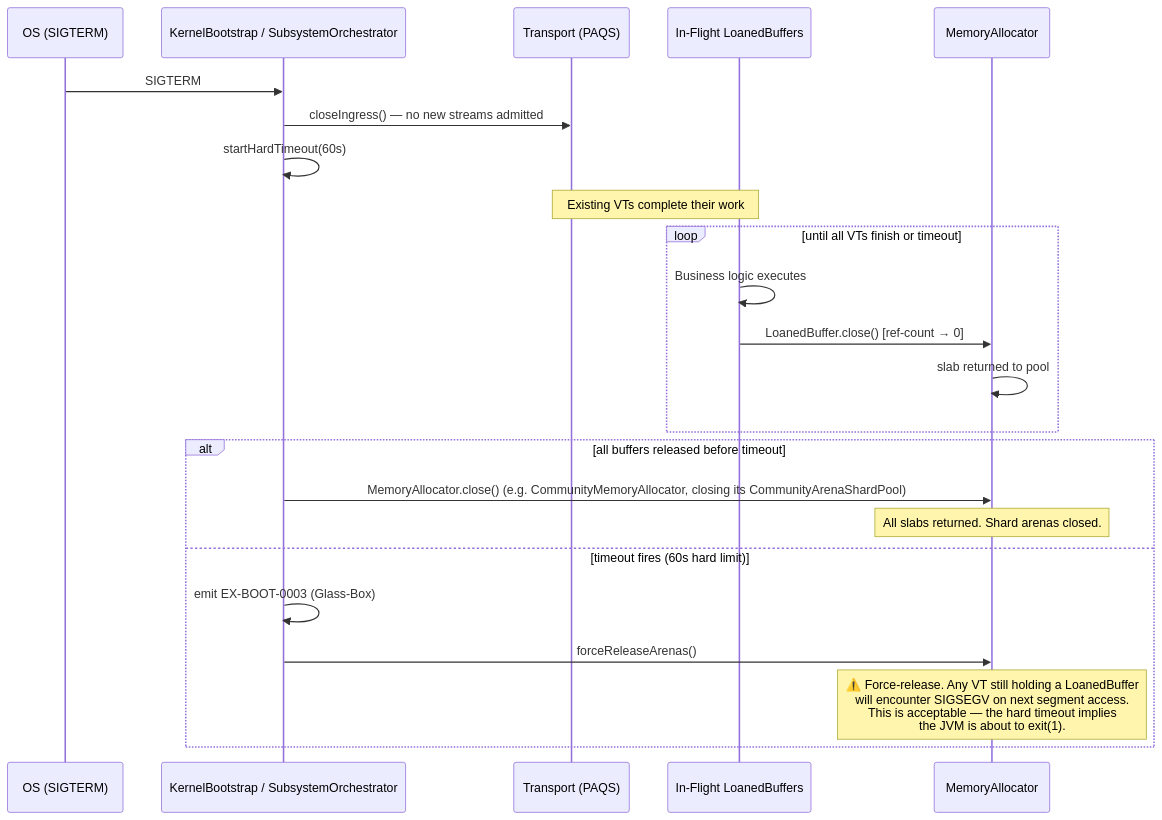
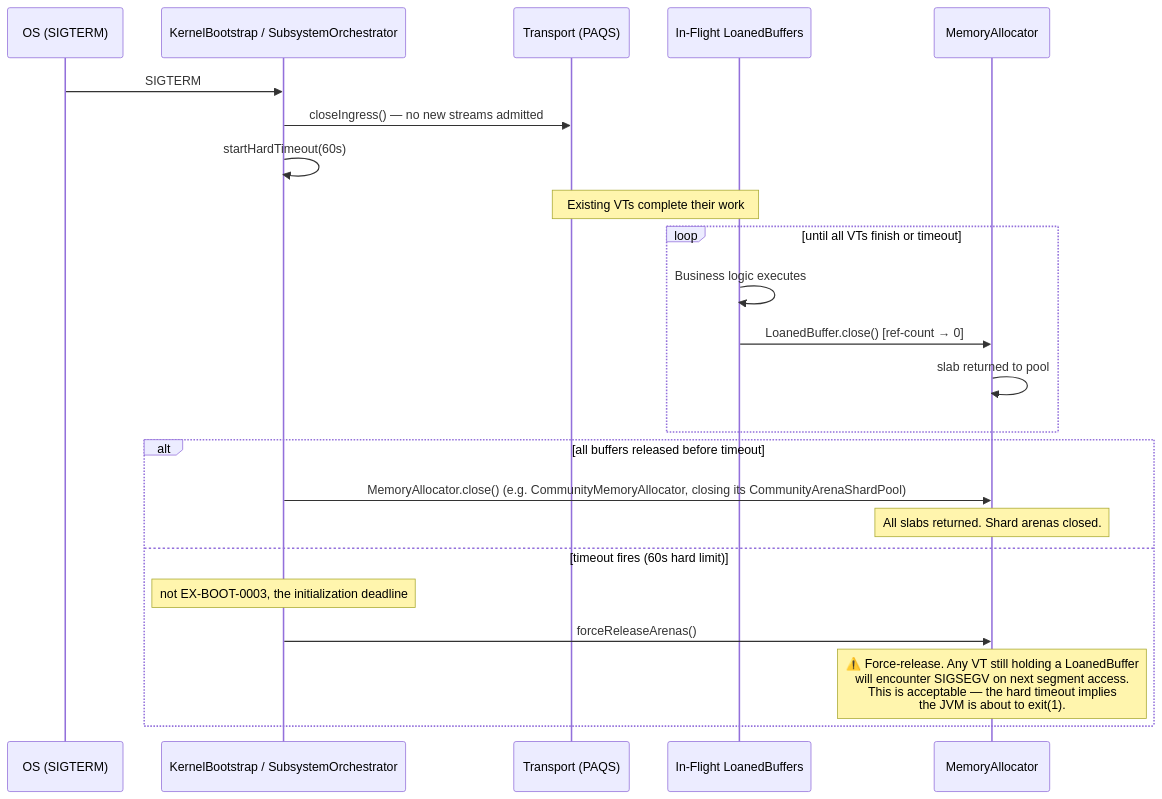
Before and after one commit to exeris-systems/exeris-kernel: the second of 3 diagrams in docs/subsystems/memory.md, drawn with Mermaid. The commit also changed 21 other files, not shown here.

````diff
--- a/docs/subsystems/memory.md
+++ b/docs/subsystems/memory.md
@@ -292,28 +292,28 @@
 ```mermaid
 sequenceDiagram
     participant OS as OS (SIGTERM)
     participant BS as KernelBootstrap / SubsystemOrchestrator
     participant TP as Transport (PAQS)
     participant LB as In-Flight LoanedBuffers
     participant MA as MemoryAllocator
 
     OS->>BS: SIGTERM
     BS->>TP: closeIngress() — no new streams admitted
     BS->>BS: startHardTimeout(60s)
 
     Note over TP,LB: Existing VTs complete their work
     loop until all VTs finish or timeout
         LB->>LB: Business logic executes
         LB->>MA: LoanedBuffer.close() [ref-count → 0]
         MA->>MA: slab returned to pool
     end
 
     alt all buffers released before timeout
         BS->>MA: MemoryAllocator.close() (e.g. CommunityMemoryAllocator, closing its CommunityArenaShardPool)
         Note over MA: All slabs returned. Shard arenas closed.
     else timeout fires (60s hard limit)
-        BS->>BS: emit EX-BOOT-0003 (Glass-Box)
+        Note over BS: not EX-BOOT-0003, the initialization deadline
         BS->>MA: forceReleaseArenas()
         Note over MA: ⚠️ Force-release. Any VT still holding a LoanedBuffer<br/>will encounter SIGSEGV on next segment access.<br/>This is acceptable — the hard timeout implies<br/>the JVM is about to exit(1).
     end
 ```
````
